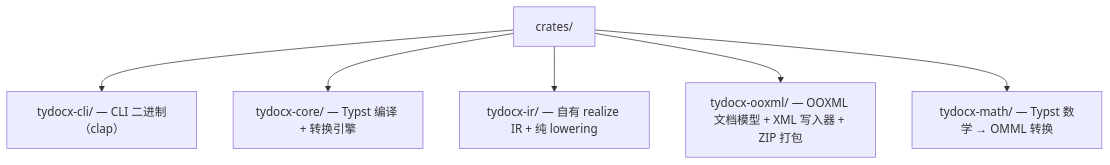
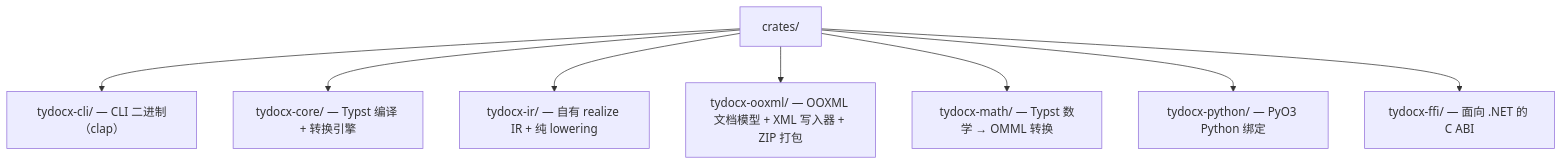
One commit to kwadraten/tydocx changed the second of 2 diagrams in README.zh-CN.md. Above: the diagram before and after it, drawn with Mermaid. The commit also changed other lines of this file and 31 other files, not shown here.

````diff
--- a/README.zh-CN.md
+++ b/README.zh-CN.md
@@ -80,8 +102,10 @@
 ```mermaid
 flowchart TD
     CRATES["crates/"] --> CLI["tydocx-cli/ — CLI 二进制（clap）"]
     CRATES --> CORE["tydocx-core/ — Typst 编译 + 转换引擎"]
     CRATES --> IR["tydocx-ir/ — 自有 realize IR + 纯 lowering"]
     CRATES --> OOXML["tydocx-ooxml/ — OOXML 文档模型 + XML 写入器 + ZIP 打包"]
     CRATES --> MATH["tydocx-math/ — Typst 数学 → OMML 转换"]
+    CRATES --> PYTHON["tydocx-python/ — PyO3 Python 绑定"]
+    CRATES --> FFI["tydocx-ffi/ — 面向 .NET 的 C ABI"]
 ```
````
